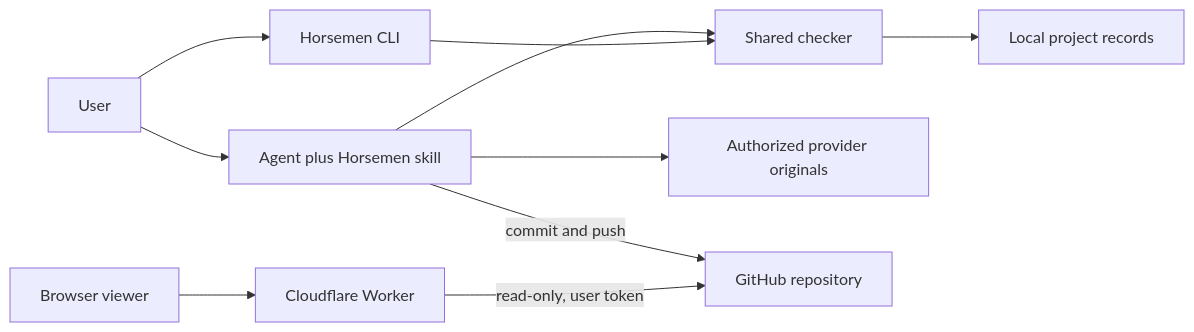
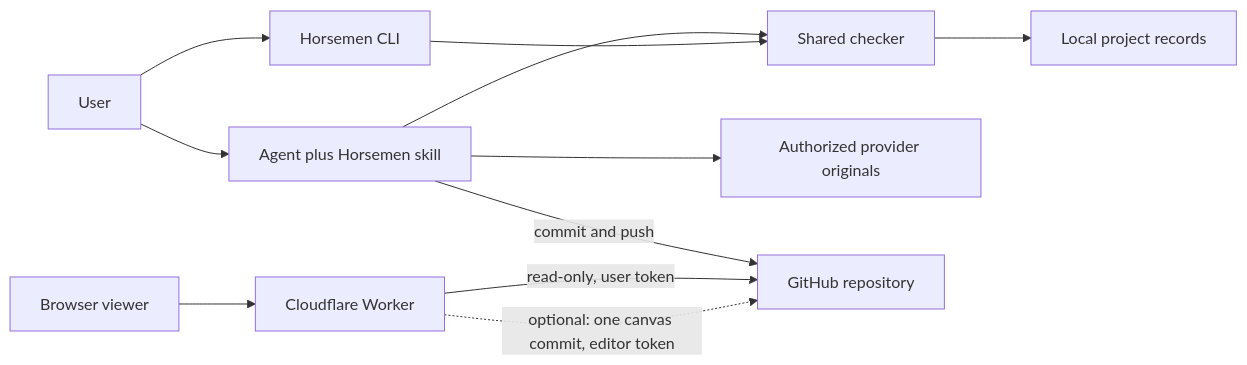
Before and after one commit to forsvn-labs/horsemen: the first of 2 diagrams in TECHSTACK.md, drawn with Mermaid. The commit also changed other lines of this file and 6 other files, not shown here.

Commit message:
Describe canvas editing: the design (slice 4a as built, the GitHub call), READMEs, STRUCTURE, and TECHSTACK

````diff
--- a/TECHSTACK.md
+++ b/TECHSTACK.md
@@ -30,12 +31,13 @@
 ```mermaid
 flowchart LR
   User --> Agent[Agent plus Horsemen skill]
   User --> CLI[Horsemen CLI]
   Agent --> Checker[Shared checker]
   CLI --> Checker
   Checker --> Records[Local project records]
   Agent --> Originals[Authorized provider originals]
   Agent -->|commit and push| GitHub[GitHub repository]
   Browser[Browser viewer] --> Worker[Cloudflare Worker]
   Worker -->|read-only, user token| GitHub
+  Worker -.->|optional: one canvas commit, editor token| GitHub
 ```
````
